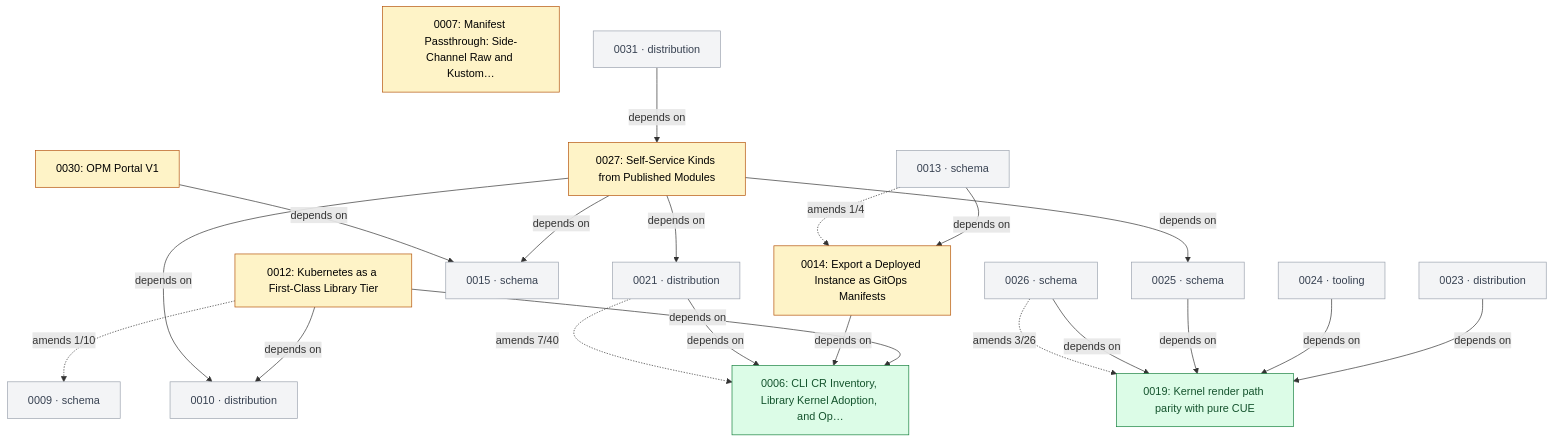
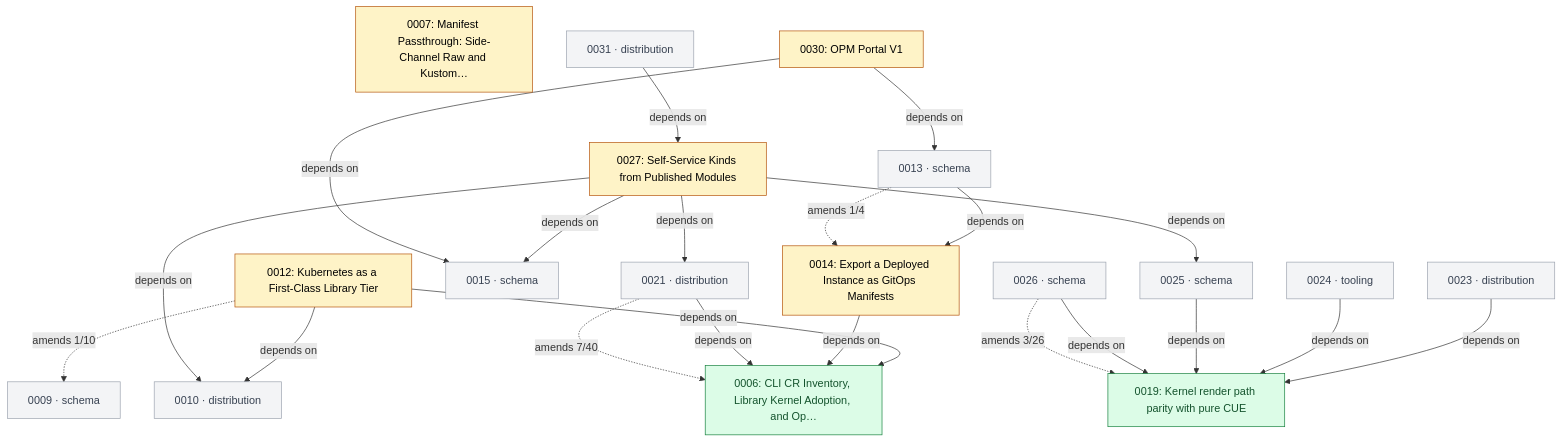
Before and after one commit to open-platform-model/enhancements: the third of 6 diagrams in GRAPH.md, drawn with Mermaid. The commit also changed other lines of this file and 5 other files, not shown here.

````diff
--- a/GRAPH.md
+++ b/GRAPH.md
@@ -101,49 +102,50 @@
 ```mermaid
 graph TD
   classDef draft       fill:#fef3c7,stroke:#b45309,color:#000
   classDef accepted    fill:#dbeafe,stroke:#1d4ed8,color:#000
   classDef rejected    fill:#fee2e2,stroke:#b91c1c,color:#7f1d1d,stroke-dasharray:4 2
   classDef superseded  fill:#e5e7eb,stroke:#6b7280,color:#6b7280
   classDef delivered   fill:#dcfce7,stroke:#15803d,color:#14532d
   classDef legacy      fill:#fafafa,stroke:#9ca3af,color:#6b7280,stroke-dasharray:3 3
   classDef stub        fill:#f3f4f6,stroke:#9ca3af,color:#374151
   classDef category    fill:#ede9fe,stroke:#6d28d9,color:#000
 
   N0006["0006: CLI CR Inventory, Library Kernel Adoption, and Op…"]:::delivered
   N0007["0007: Manifest Passthrough: Side-Channel Raw and Kustom…"]:::draft
   N0012["0012: Kubernetes as a First-Class Library Tier"]:::draft
   N0014["0014: Export a Deployed Instance as GitOps Manifests"]:::draft
   N0019["0019: Kernel render path parity with pure CUE"]:::delivered
   N0027["0027: Self-Service Kinds from Published Modules"]:::draft
   N0030["0030: OPM Portal V1"]:::draft
   N0009["0009 · schema"]:::stub
   N0010["0010 · distribution"]:::stub
   N0013["0013 · schema"]:::stub
   N0015["0015 · schema"]:::stub
   N0021["0021 · distribution"]:::stub
   N0023["0023 · distribution"]:::stub
   N0024["0024 · tooling"]:::stub
   N0025["0025 · schema"]:::stub
   N0026["0026 · schema"]:::stub
   N0031["0031 · distribution"]:::stub
 
   N0012 -->|depends on| N0006
   N0012 -->|depends on| N0010
   N0013 -->|depends on| N0014
   N0014 -->|depends on| N0006
   N0021 -->|depends on| N0006
   N0023 -->|depends on| N0019
   N0024 -->|depends on| N0019
   N0025 -->|depends on| N0019
   N0026 -->|depends on| N0019
   N0027 -->|depends on| N0010
   N0027 -->|depends on| N0015
   N0027 -->|depends on| N0021
   N0027 -->|depends on| N0025
+  N0030 -->|depends on| N0013
   N0030 -->|depends on| N0015
   N0031 -->|depends on| N0027
   N0012 -.->|amends 1/10| N0009
   N0013 -.->|amends 1/4| N0014
   N0021 -.->|amends 7/40| N0006
   N0026 -.->|amends 3/26| N0019
 ```
````
